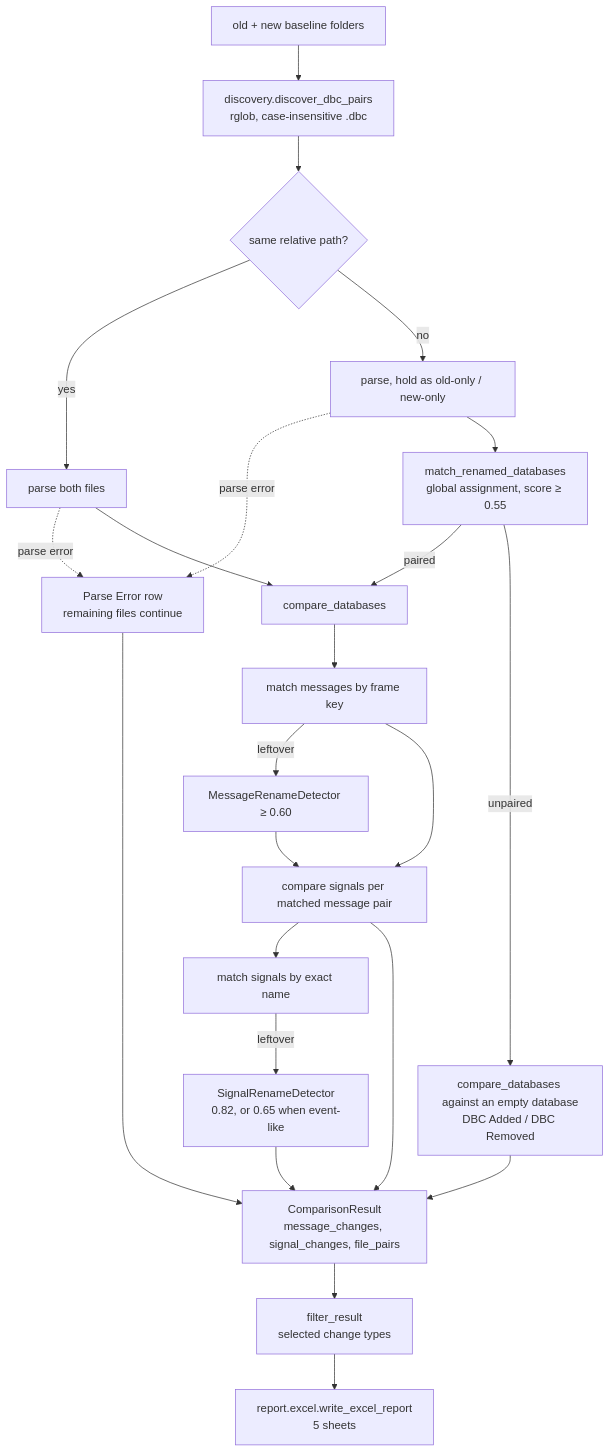
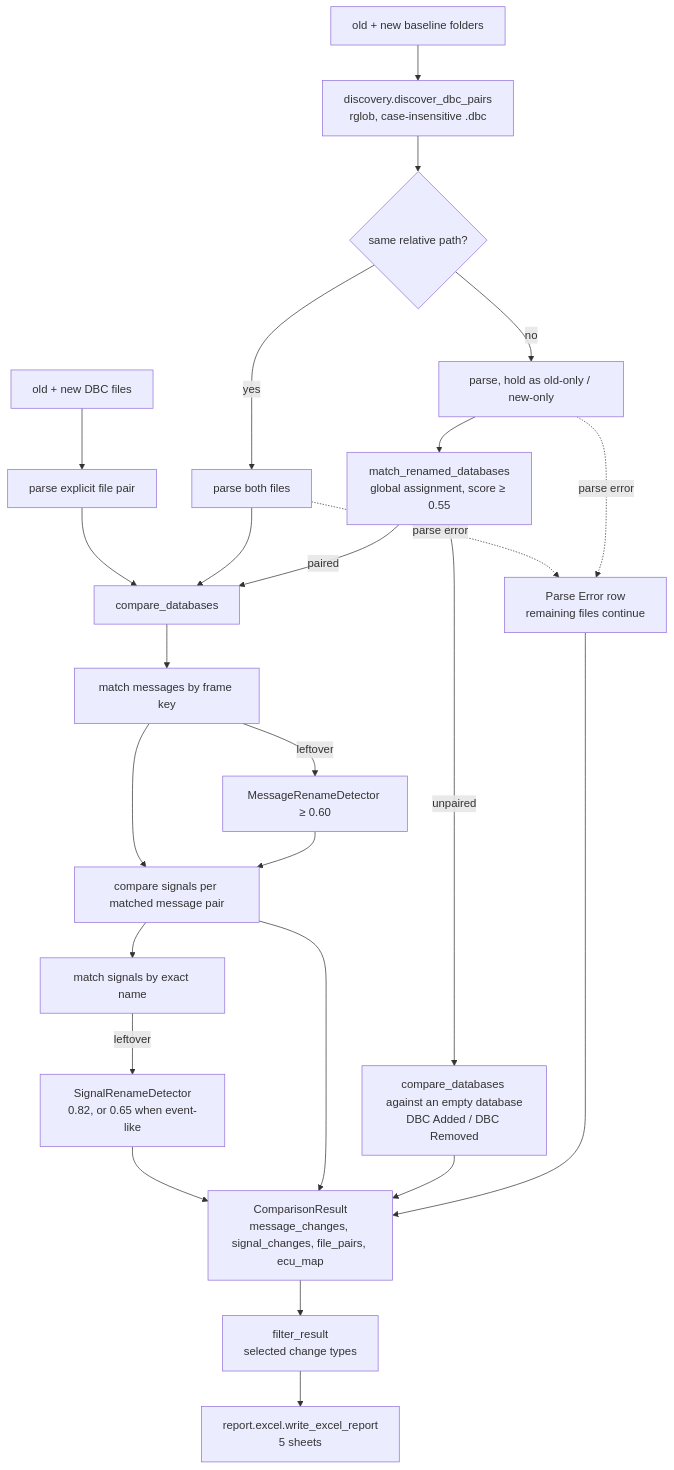
Before and after one commit to longvo92/dbc-compare-tool: the diagram in docs/architecture.md, drawn with Mermaid. The commit also changed other lines of this file and 22 other files, not shown here.

Commit message:
feat: add file comparison and ECU pairing with compact reports

````diff
--- a/docs/architecture.md
+++ b/docs/architecture.md
@@ -87,25 +90,27 @@
 ```mermaid
 flowchart TD
+    F[old + new DBC files] --> FP[parse explicit file pair]
+    FP --> D
     A[old + new baseline folders] --> B[discovery.discover_dbc_pairs<br/>rglob, case-insensitive .dbc]
     B --> C{same relative path?}
     C -->|yes| P1[parse both files]
     C -->|no| P2[parse, hold as old-only / new-only]
     P1 -.parse error.-> X[Parse Error row<br/>remaining files continue]
     P2 -.parse error.-> X
     P2 --> E[match_renamed_databases<br/>global assignment, score ≥ 0.55]
     P1 --> D[compare_databases]
     E -->|paired| D
     E -->|unpaired| U[compare_databases against an empty database<br/>DBC Added / DBC Removed]
     D --> H[match messages by frame key]
     H -->|leftover| I[MessageRenameDetector ≥ 0.60]
     H --> J[compare signals per matched message pair]
     I --> J
     J --> K[match signals by exact name]
     K -->|leftover| L[SignalRenameDetector<br/>0.82, or 0.65 when event-like]
-    L --> M[ComparisonResult<br/>message_changes, signal_changes, file_pairs]
+    L --> M[ComparisonResult<br/>message_changes, signal_changes, file_pairs, ecu_map]
     J --> M
     U --> M
     X --> M
     M --> O[filter_result<br/>selected change types]
     O --> R[report.excel.write_excel_report<br/>5 sheets]
 ```
````
